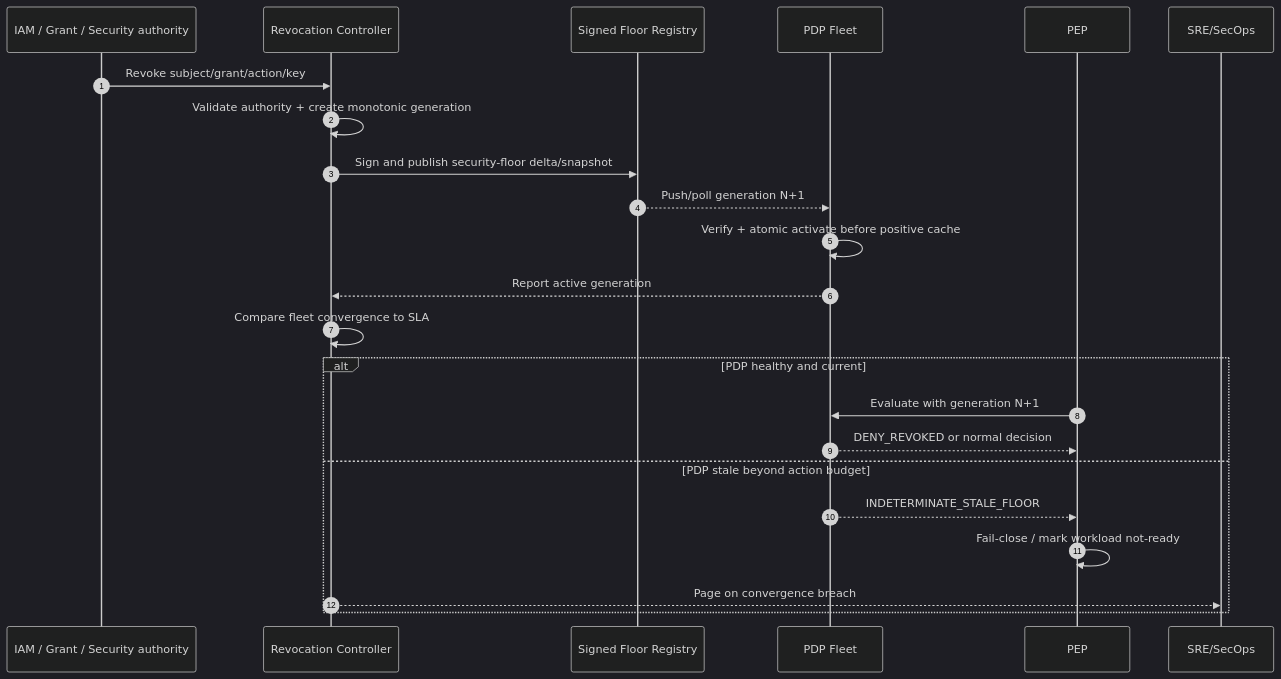
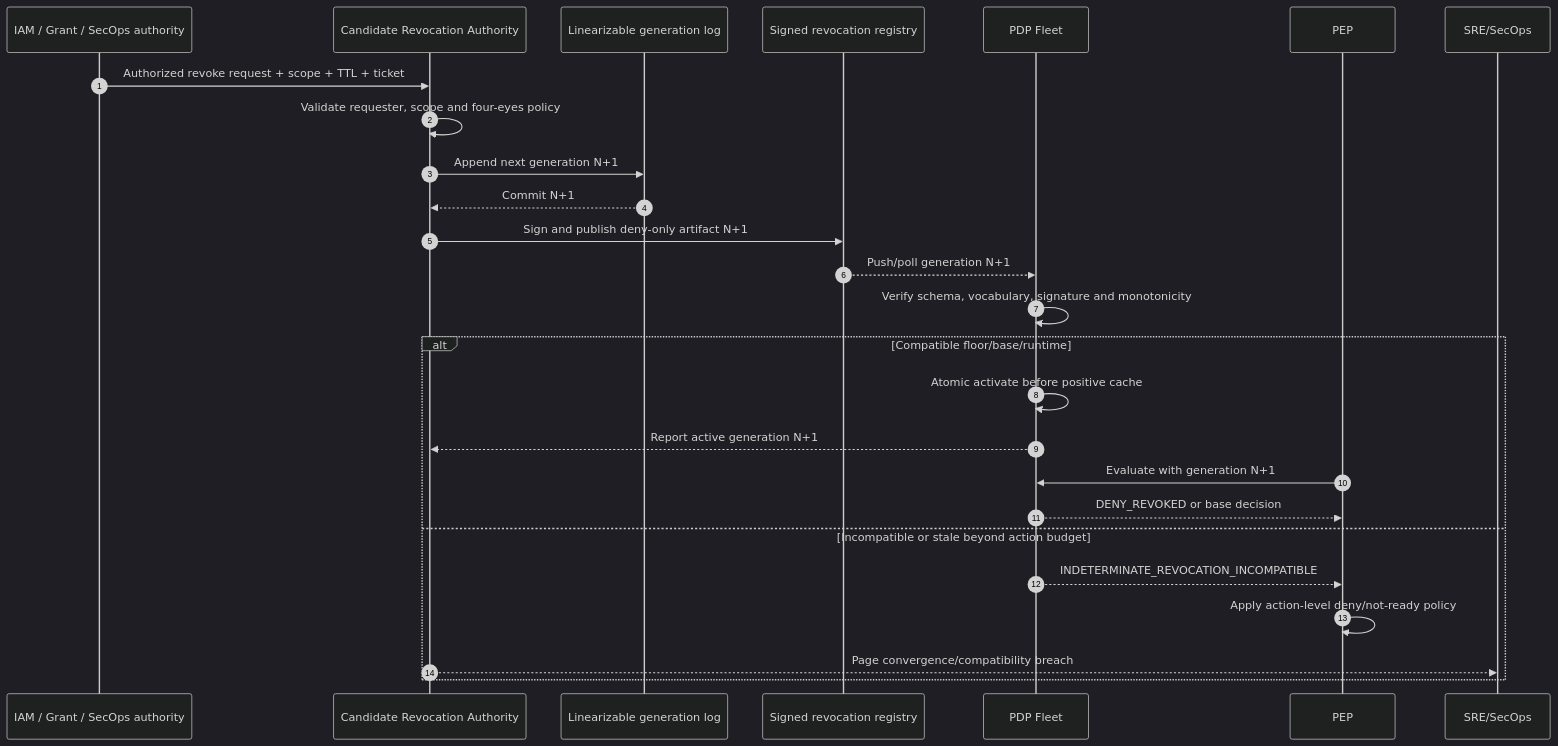
One commit to huynv-xyz/vhm changed the ninth of 16 diagrams in zero-trust.md. Above: the diagram before and after it, drawn with Mermaid (dark theme). The commit also changed other lines of this file, not shown here.

````diff
--- a/zero-trust.md
+++ b/zero-trust.md
@@ -875,26 +1176,29 @@
 ```mermaid
 sequenceDiagram
     autonumber
-    participant SRC as IAM / Grant / Security authority
-    participant RC as Revocation Controller
-    participant REG as Signed Floor Registry
+    participant SRC as IAM / Grant / SecOps authority
+    participant RA as Candidate Revocation Authority
+    participant LOG as Linearizable generation log
+    participant REG as Signed revocation registry
     participant PDP as PDP Fleet
     participant PEP as PEP
     participant SRE as SRE/SecOps
 
-    SRC->>RC: Revoke subject/grant/action/key
-    RC->>RC: Validate authority + create monotonic generation
-    RC->>REG: Sign and publish security-floor delta/snapshot
+    SRC->>RA: Authorized revoke request + scope + TTL + ticket
+    RA->>RA: Validate requester, scope and four-eyes policy
+    RA->>LOG: Append next generation N+1
+    LOG-->>RA: Commit N+1
+    RA->>REG: Sign and publish deny-only artifact N+1
     REG-->>PDP: Push/poll generation N+1
-    PDP->>PDP: Verify + atomic activate before positive cache
-    PDP-->>RC: Report active generation
-    RC->>RC: Compare fleet convergence to SLA
-    alt PDP healthy and current
+    PDP->>PDP: Verify schema, vocabulary, signature and monotonicity
+    alt Compatible floor/base/runtime
+        PDP->>PDP: Atomic activate before positive cache
+        PDP-->>RA: Report active generation N+1
         PEP->>PDP: Evaluate with generation N+1
-        PDP-->>PEP: DENY_REVOKED or normal decision
-    else PDP stale beyond action budget
-        PDP-->>PEP: INDETERMINATE_STALE_FLOOR
-        PEP->>PEP: Fail-close / mark workload not-ready
-        RC-->>SRE: Page on convergence breach
+        PDP-->>PEP: DENY_REVOKED or base decision
+    else Incompatible or stale beyond action budget
+        PDP-->>PEP: INDETERMINATE_REVOCATION_INCOMPATIBLE
+        PEP->>PEP: Apply action-level deny/not-ready policy
+        RA-->>SRE: Page convergence/compatibility breach
     end
 ```
````
